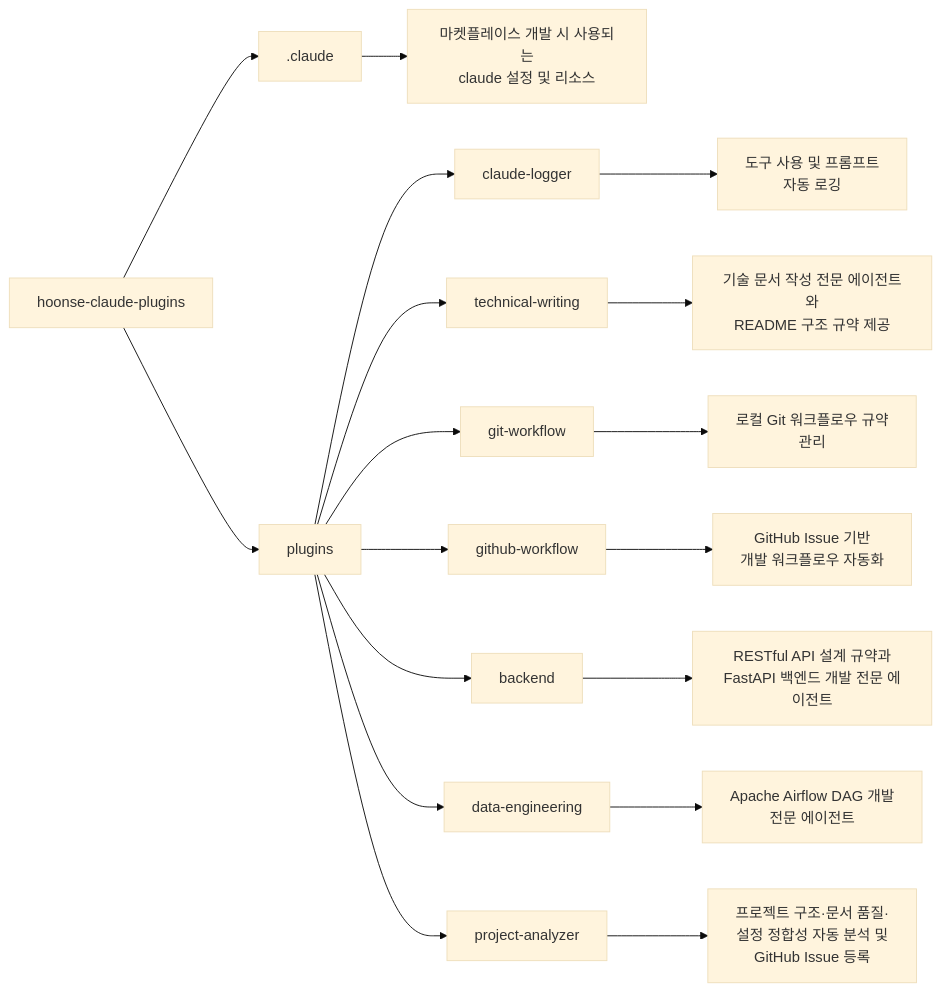
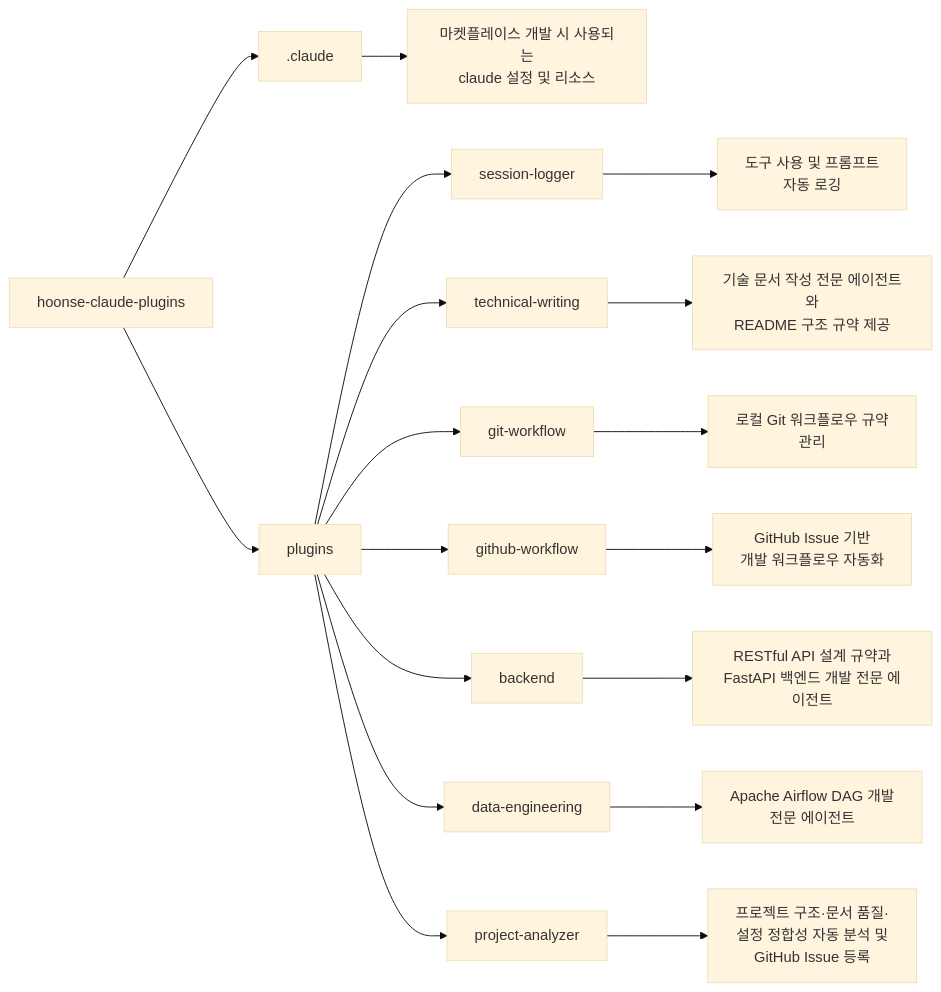
One commit to iamhoonse-dev/hoonse-claude-plugins changed the first of 3 diagrams in README.md. Above: the diagram before and after it, drawn with Mermaid (base theme). The commit also changed other lines of this file and 13 other files, not shown here.

First line of the commit message:
fix(marketplace)!: claude-logger 플러그인 이름을 session-logger 로 변경

````diff
--- a/README.md
+++ b/README.md
@@ -7,20 +7,20 @@
 ```mermaid
 graph LR
     A[hoonse-claude-plugins] --> B[.claude]
     B --> B1[마켓플레이스 개발 시 사용되는<br/>claude 설정 및 리소스]
     A --> C[plugins]
-    C --> D[claude-logger]
+    C --> D[session-logger]
     D --> D1[도구 사용 및 프롬프트<br/>자동 로깅]
     C --> F[technical-writing]
     F --> F1[기술 문서 작성 전문 에이전트와<br/>README 구조 규약 제공]
     C --> G[git-workflow]
     G --> G1[로컬 Git 워크플로우 규약<br/>관리]
     C --> H[github-workflow]
     H --> H1[GitHub Issue 기반<br/>개발 워크플로우 자동화]
     C --> I[backend]
     I --> I1[RESTful API 설계 규약과<br/>FastAPI 백엔드 개발 전문 에이전트]
     C --> J[data-engineering]
     J --> J1[Apache Airflow DAG 개발<br/>전문 에이전트]
     C --> K[project-analyzer]
     K --> K1[프로젝트 구조·문서 품질·<br/>설정 정합성 자동 분석 및<br/>GitHub Issue 등록]
 ```
````
